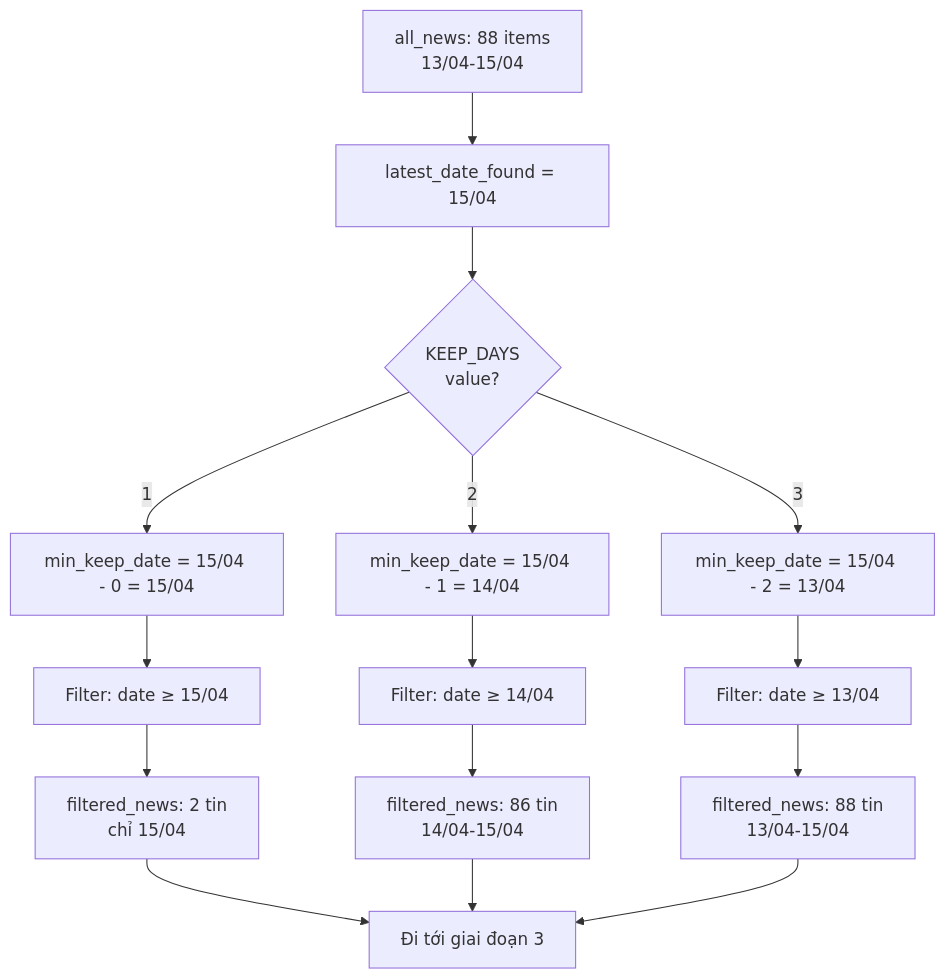
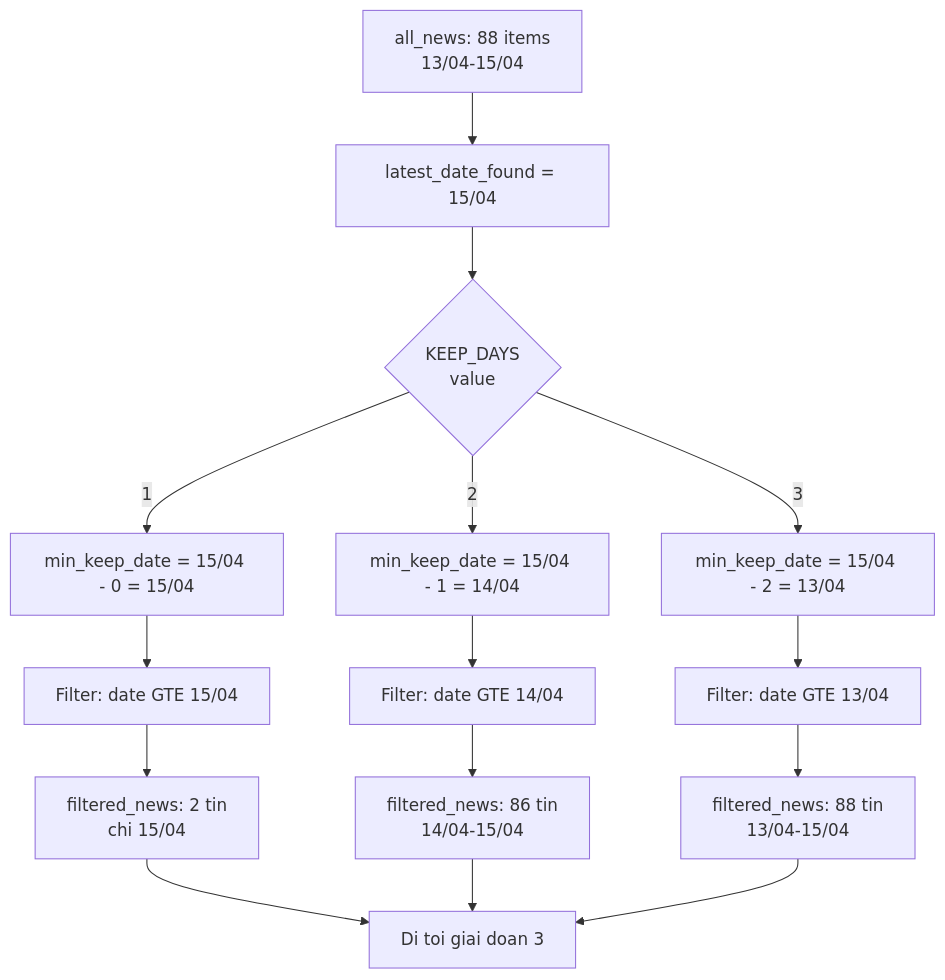
One commit to doanhieu1986/vps-automation-vhck changed the third of 5 diagrams in FETCH_VSD_LOGIC.md. Above: the diagram before and after it, drawn with Mermaid. The commit also changed other lines of this file, not shown here.

Commit message:
update flow_id

````diff
--- a/FETCH_VSD_LOGIC.md
+++ b/FETCH_VSD_LOGIC.md
@@ -102,20 +102,20 @@
 ```mermaid
 flowchart TD
-    A["all_news: 88 items<br/>13/04-15/04"] --> B["latest_date_found = 15/04"]
-    B --> C{"KEEP_DAYS<br/>value?"}
-    C -->|1| D["min_keep_date = 15/04 - 0 = 15/04"]
-    C -->|2| E["min_keep_date = 15/04 - 1 = 14/04"]
-    C -->|3| F["min_keep_date = 15/04 - 2 = 13/04"]
+    A[all_news: 88 items<br/>13/04-15/04] --> B[latest_date_found = 15/04]
+    B --> C{KEEP_DAYS<br/>value}
+    C -->|1| D[min_keep_date = 15/04 - 0 = 15/04]
+    C -->|2| E[min_keep_date = 15/04 - 1 = 14/04]
+    C -->|3| F[min_keep_date = 15/04 - 2 = 13/04]
     
-    D --> G["Filter: date ≥ 15/04"]
-    E --> H["Filter: date ≥ 14/04"]
-    F --> I["Filter: date ≥ 13/04"]
+    D --> G[Filter: date GTE 15/04]
+    E --> H[Filter: date GTE 14/04]
+    F --> I[Filter: date GTE 13/04]
     
-    G --> J["filtered_news: 2 tin<br/>chỉ 15/04"]
-    H --> K["filtered_news: 86 tin<br/>14/04-15/04"]
-    I --> L["filtered_news: 88 tin<br/>13/04-15/04"]
+    G --> J[filtered_news: 2 tin<br/>chi 15/04]
+    H --> K[filtered_news: 86 tin<br/>14/04-15/04]
+    I --> L[filtered_news: 88 tin<br/>13/04-15/04]
     
-    J --> M["Đi tới giai đoạn 3"]
+    J --> M[Di toi giai doan 3]
     K --> M
     L --> M
 ```
````
